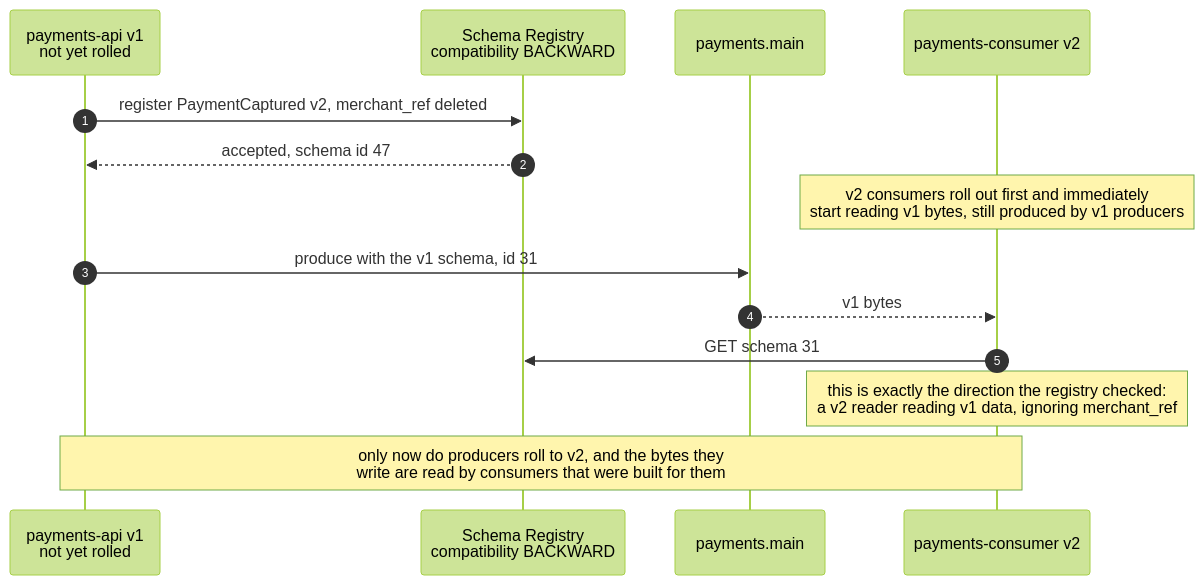
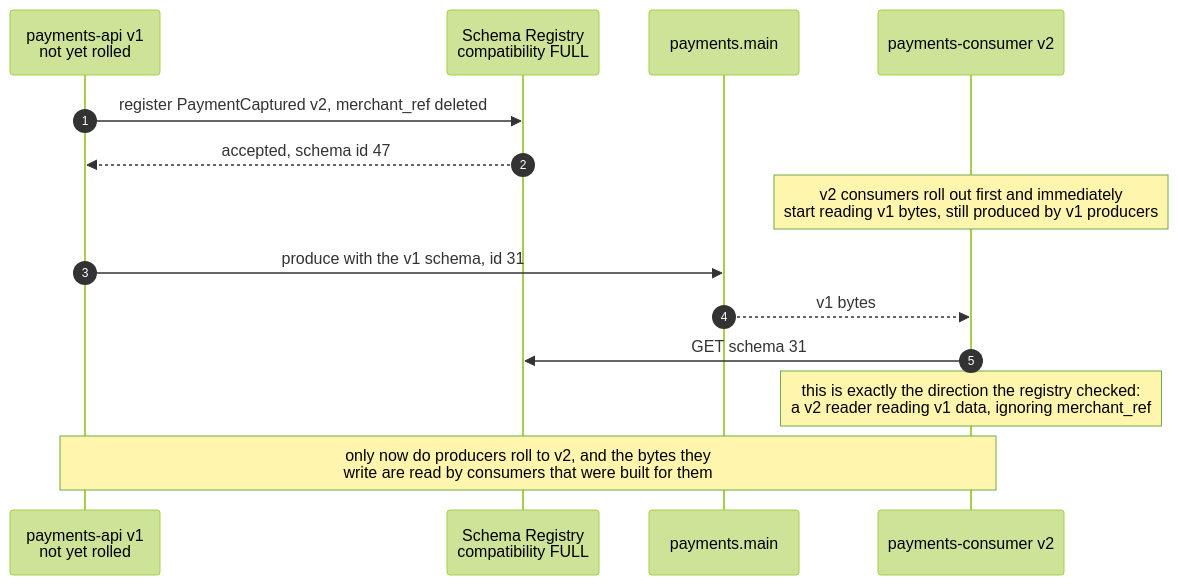
Before and after one commit to DmytroLysenko1/Kafka-lab: the second of 3 diagrams in docs/static/09-schema-evolution.md, drawn with Mermaid (forest theme). The commit also changed other lines of this file and 30 other files, not shown here.

````diff
--- a/docs/static/09-schema-evolution.md
+++ b/docs/static/09-schema-evolution.md
@@ -44,19 +52,19 @@
 ```mermaid
 sequenceDiagram
     autonumber
     participant P as payments-api v1<br/>not yet rolled
-    participant SR as Schema Registry<br/>compatibility BACKWARD
+    participant SR as Schema Registry<br/>compatibility FULL
     participant T as payments.main
     participant C2 as payments-consumer v2
 
     P->>SR: register PaymentCaptured v2, merchant_ref deleted
     SR-->>P: accepted, schema id 47
 
     Note over C2: v2 consumers roll out first and immediately<br/>start reading v1 bytes, still produced by v1 producers
     P->>T: produce with the v1 schema, id 31
     T-->>C2: v1 bytes
     C2->>SR: GET schema 31
     Note over C2: this is exactly the direction the registry checked:<br/>a v2 reader reading v1 data, ignoring merchant_ref
 
     Note over P,C2: only now do producers roll to v2, and the bytes they<br/>write are read by consumers that were built for them
 ```
````
